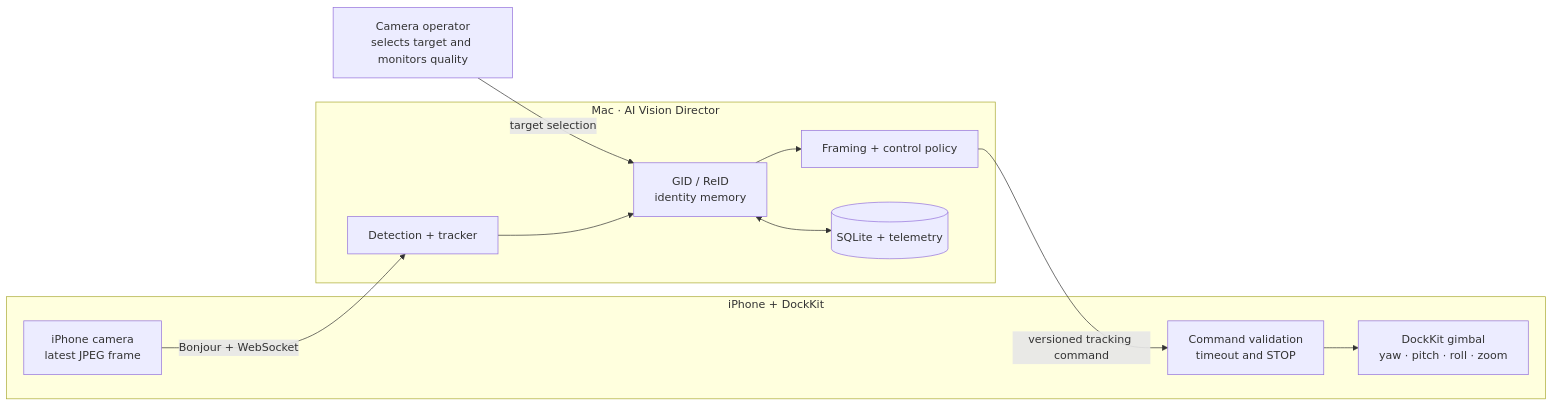
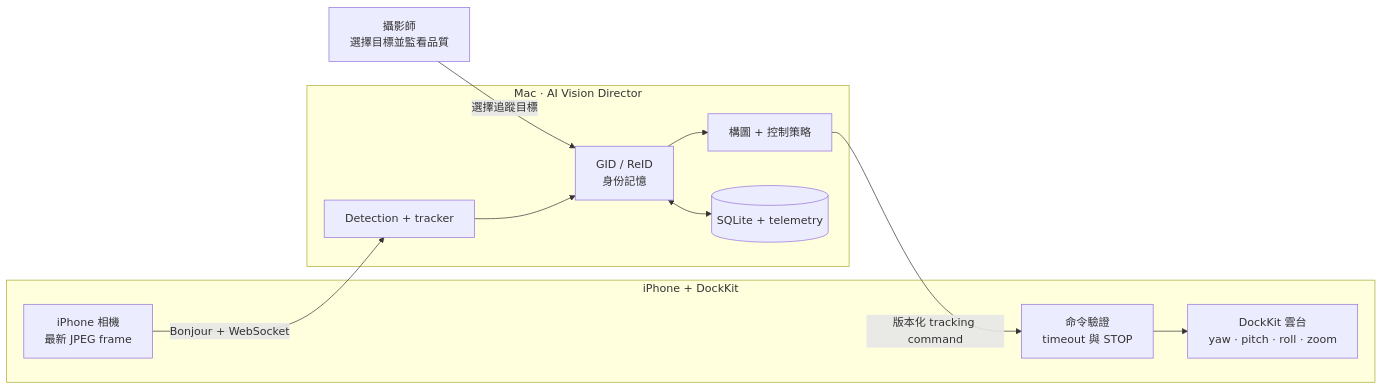
One commit to LN-676/AI-Vision-Director changed the diagram in README.md. Above: the diagram before and after it, drawn with Mermaid. The commit also changed other lines of this file and 2 other files, not shown here.

````diff
--- a/README.md
+++ b/README.md
@@ -61,23 +52,23 @@
 ```mermaid
 flowchart LR
-    HUMAN["Camera operator<br/>selects target and monitors quality"]
+    HUMAN["攝影師<br/>選擇目標並監看品質"]
 
     subgraph IOS["iPhone + DockKit"]
-        CAMERA["iPhone camera<br/>latest JPEG frame"]
-        SAFETY["Command validation<br/>timeout and STOP"]
-        GIMBAL["DockKit gimbal<br/>yaw · pitch · roll · zoom"]
+        CAMERA["iPhone 相機<br/>最新 JPEG frame"]
+        SAFETY["命令驗證<br/>timeout 與 STOP"]
+        GIMBAL["DockKit 雲台<br/>yaw · pitch · roll · zoom"]
     end
 
     subgraph MAC["Mac · AI Vision Director"]
         DETECT["Detection + tracker"]
-        IDENTITY["GID / ReID<br/>identity memory"]
-        FRAME["Framing + control policy"]
+        IDENTITY["GID / ReID<br/>身份記憶"]
+        FRAME["構圖 + 控制策略"]
         DATA[("SQLite + telemetry")]
     end
 
-    HUMAN -->|"target selection"| IDENTITY
+    HUMAN -->|"選擇追蹤目標"| IDENTITY
     CAMERA -->|"Bonjour + WebSocket"| DETECT
     DETECT --> IDENTITY --> FRAME
     IDENTITY <--> DATA
-    FRAME -->|"versioned tracking command"| SAFETY --> GIMBAL
+    FRAME -->|"版本化 tracking command"| SAFETY --> GIMBAL
 ```
````
